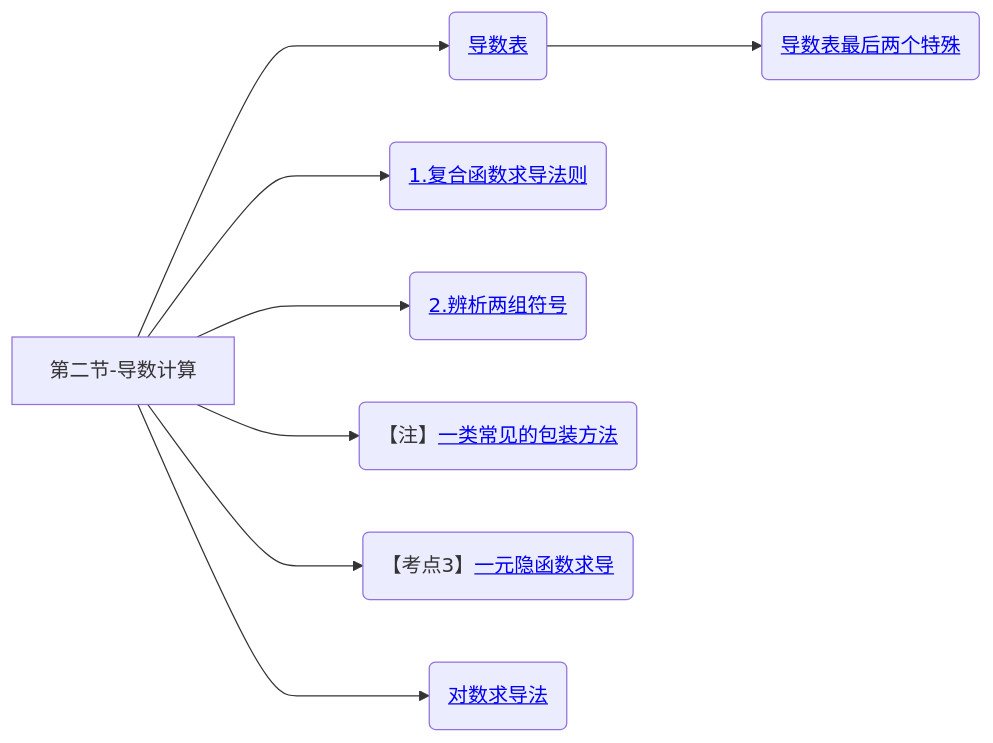
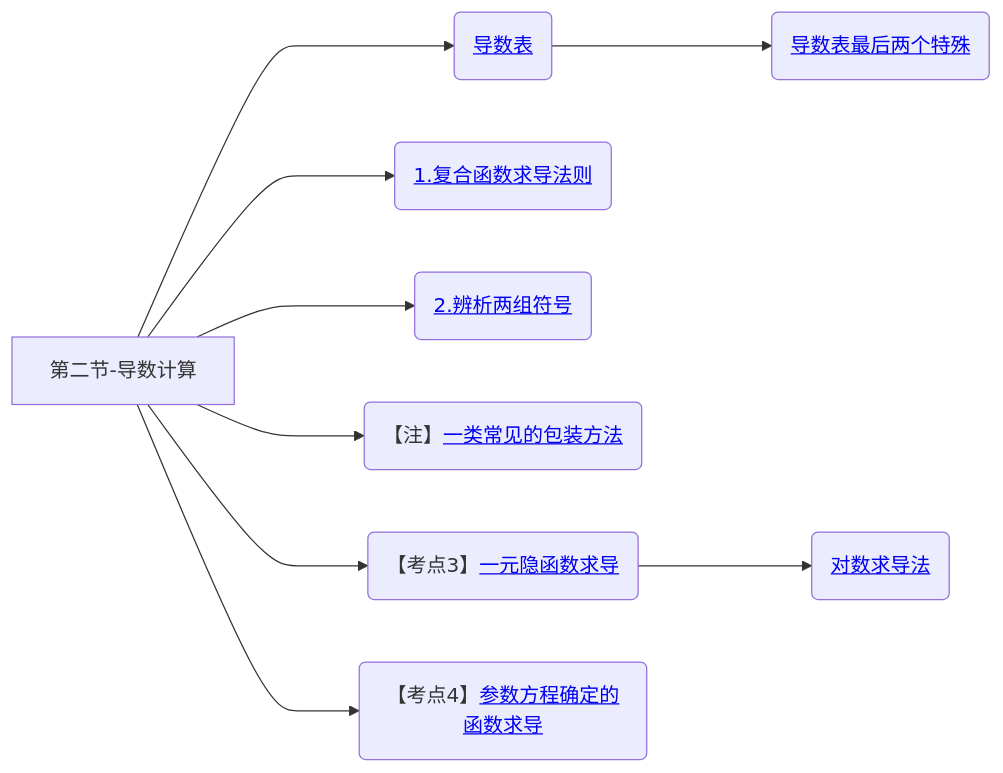
One commit to yuebinghui/note changed diagram 12 of 12 in 笔记/数学/周洋鑫/01.基础班思维导图.md. Above: the diagram before and after it, drawn with Mermaid. The commit also changed 5 other files, not shown here.

````diff
--- a/笔记/数学/周洋鑫/01.基础班思维导图.md
+++ b/笔记/数学/周洋鑫/01.基础班思维导图.md
@@ -454,16 +454,18 @@
 ```mermaid
 graph LR
 第二节-导数计算
 
 第二节-导数计算--->导数表(<a href="/Users/yuebinghui/Documents/program/github/note/笔记/数学/周洋鑫/零基础提前学/11.1零基础核心考点精讲10-1.md#导数表-必须记住">导数表</>)
 导数表--->导数表最后两个特殊(<a href="/Users/yuebinghui/Documents/program/github/note/笔记/数学/周洋鑫/零基础提前学/11.1零基础核心考点精讲10-1.md#导数表最后两个特殊">导数表最后两个特殊</>)
 第二节-导数计算--->复合函数求导法则(<a href="/Users/yuebinghui/Documents/program/github/note/笔记/数学/周洋鑫/基础班/12.导数计算_1.md#复合函数求导法则">1.复合函数求导法则</>)
 第二节-导数计算--->2.辨析两组符号(<a href="/Users/yuebinghui/Documents/program/github/note/笔记/数学/周洋鑫/基础班/12.导数计算_1.md#2.辨析两组符号">2.辨析两组符号</>)
 
 第二节-导数计算--->一类常见的包装方法(【注】<a href="/Users/yuebinghui/Documents/program/github/note/笔记/数学/周洋鑫/基础班/12.导数计算_1.md#一类常见的包装方法">一类常见的包装方法</>)
 
 第二节-导数计算--->一元隐函数求导(【考点3】<a href="/Users/yuebinghui/Documents/program/github/note/笔记/数学/周洋鑫/基础班/12.导数计算_1.md#一元隐函数求导">一元隐函数求导</>)
 
-第二节-导数计算--->对数求导法(<a href="/Users/yuebinghui/Documents/program/github/note/笔记/数学/周洋鑫/基础班/13.导数计算_2.md#对数求导法">对数求导法</>)
+一元隐函数求导--->对数求导法(<a href="/Users/yuebinghui/Documents/program/github/note/笔记/数学/周洋鑫/基础班/13.导数计算_2.md#对数求导法">对数求导法</>)
+
+第二节-导数计算--->参数方程确定的函数求导(【考点4】<a href="/Users/yuebinghui/Documents/program/github/note/笔记/数学/周洋鑫/基础班/13.导数计算_2.md#参数方程确定的函数求导">参数方程确定的函数求导</>)
 
 ```
````
